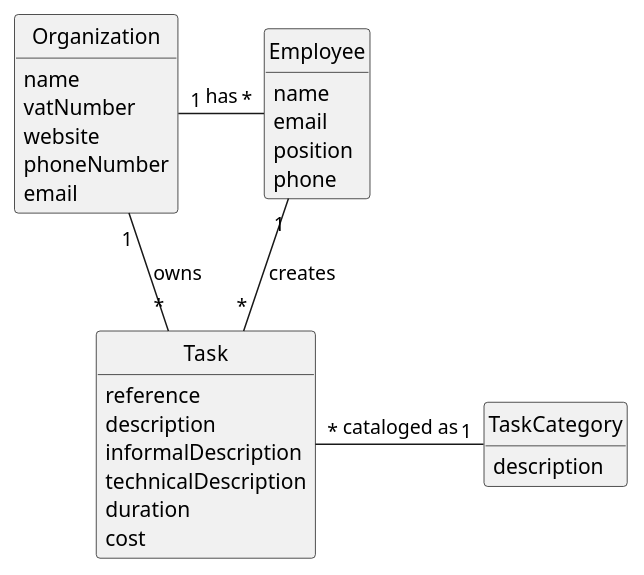
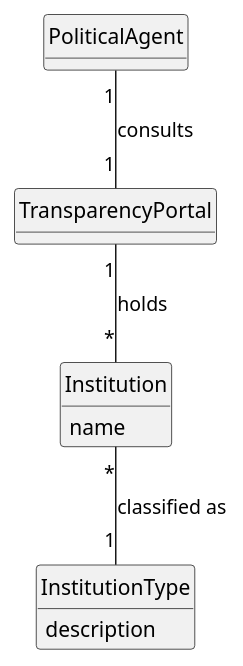
The diagram in project-template/docs/system-documentation/US03/02.analysis/puml/US006-DM.puml (Departamento-de-Engenharia-Informatica/sem2-pi-25-26-g096-repo), drawn with PlantUML before and after one commit. The commit also changed 6 other files, not shown here.

```diff
--- a/project-template/docs/system-documentation/US03/02.analysis/puml/US006-DM.puml
+++ b/project-template/docs/system-documentation/US03/02.analysis/puml/US006-DM.puml
@@ -1,50 +1,27 @@
 @startuml
 skinparam monochrome true
 skinparam packageStyle rectangle
 skinparam shadowing false
-
-'left to right direction
-
 skinparam classAttributeIconSize 0
-
 hide circle
 hide methods
 
-'title Domain Model
-
-class Organization {
-    name
-    vatNumber
-    website
-    phoneNumber
-    email
+class TransparencyPortal {
 }
 
-class Task {
-    reference
-    description
-    informalDescription
-    technicalDescription
-    duration
-    cost
+class PoliticalAgent {
 }
 
-class TaskCategory {
+class Institution {
+    name
+}
+
+class InstitutionType {
     description
 }
 
-class Employee {
-    name
-    email
-    position
-    phone
-}
-
-Organization "1" - "*" Employee : has
-Organization "1" - "*" Task: owns
-
-Employee "1" -- "*" Task : creates
-
-Task "*" - "1" TaskCategory: cataloged as
+TransparencyPortal "1" -- "*" Institution : holds
+PoliticalAgent "1" -- "1" TransparencyPortal : consults
+Institution "*" -- "1" InstitutionType : classified as
 
 @enduml
```
